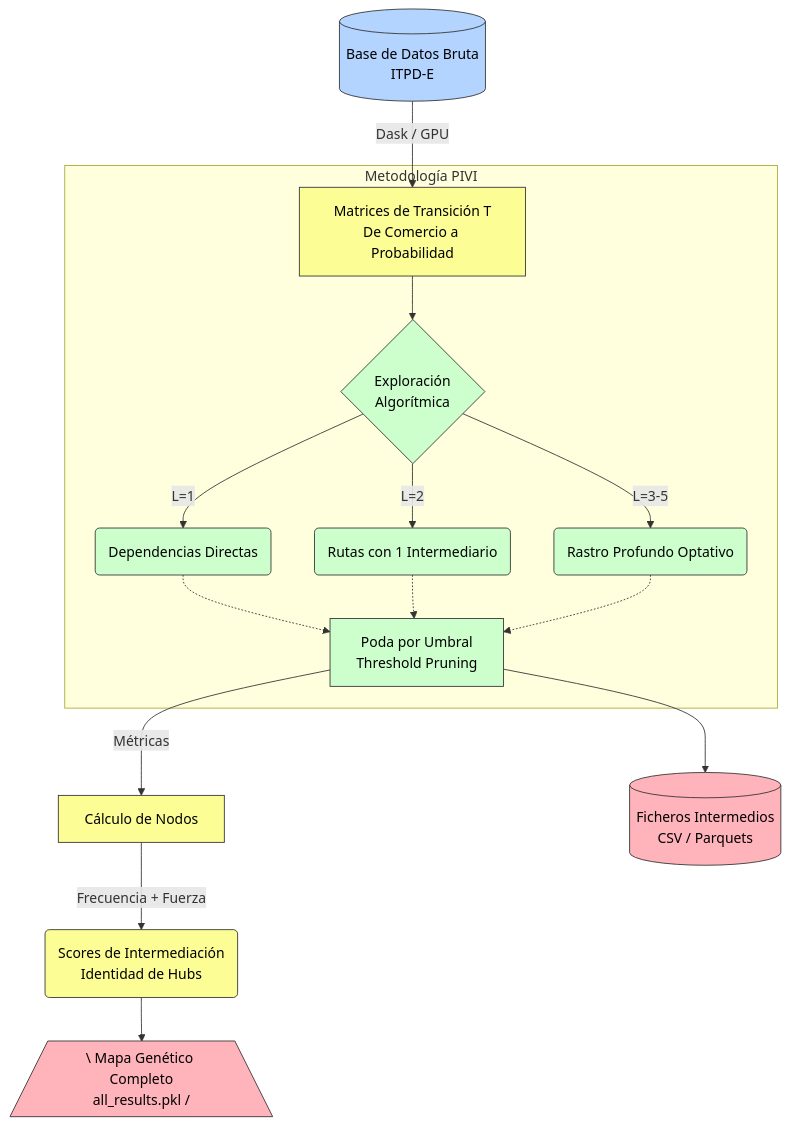
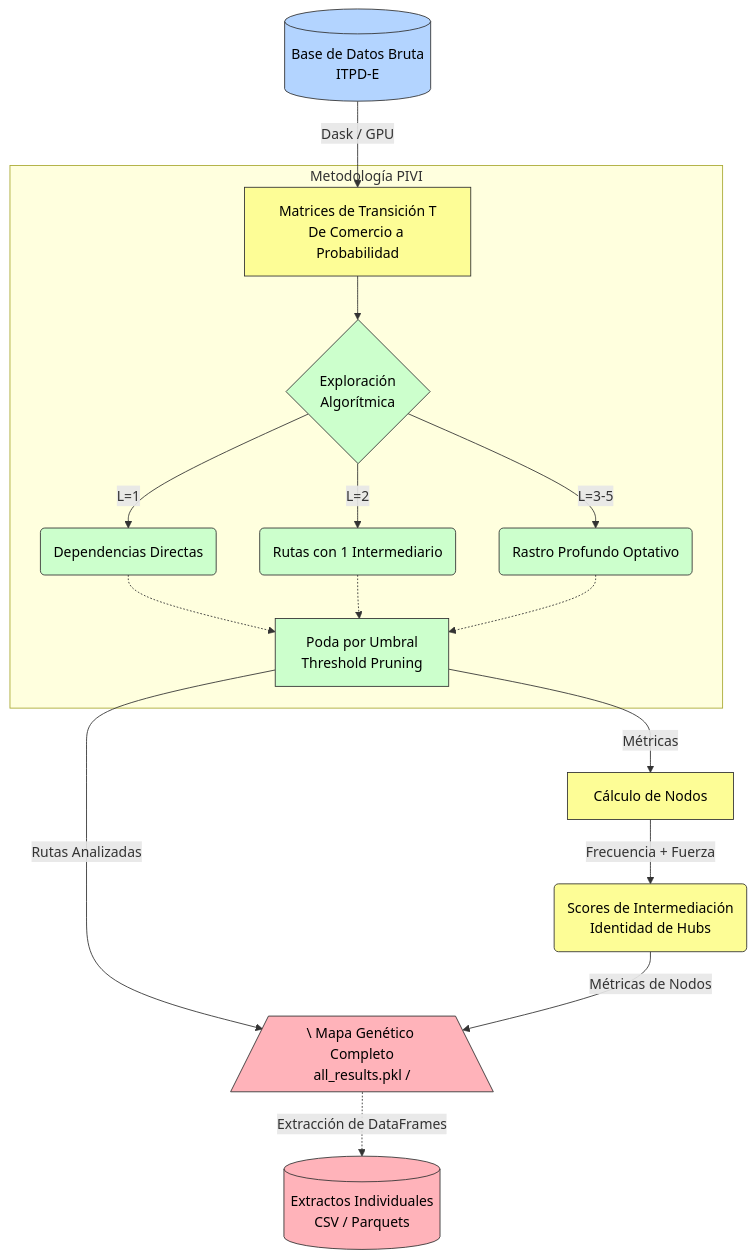
Before and after one commit to mhidper/Seguridad-Economica: the second of 2 diagrams in README.md, drawn with Mermaid.

Commit message:
docs: update architecture diagram to reflect data flow and node metric extraction

````diff
--- a/README.md
+++ b/README.md
@@ -84,26 +84,28 @@
 ```mermaid
 graph TD
     classDef db fill:#b3d4ff,stroke:#333,stroke-width:1px,color:#000
     classDef proc fill:#fdfd96,stroke:#333,stroke-width:1px,color:#000
     classDef pivi fill:#ccffcc,stroke:#333,stroke-width:1px,color:#000
     classDef out fill:#ffb3ba,stroke:#333,stroke-width:1px,color:#000
 
     A[(Base de Datos Bruta<br/>ITPD-E)]:::db -->|Dask / GPU| B[Matrices de Transición T<br/>De Comercio a Probabilidad]:::proc
     
     subgraph Metodología PIVI
         B --> C{Exploración<br/>Algorítmica}:::pivi
         C -->|L=1| D(Dependencias Directas):::pivi
         C -->|L=2| E(Rutas con 1 Intermediario):::pivi
         C -->|L=3-5| F(Rastro Profundo Optativo):::pivi
         
         D -.-> G[Poda por Umbral<br>Threshold Pruning]:::pivi
         E -.-> G
         F -.-> G
     end
 
     G -->|Métricas| H[Cálculo de Nodos]:::proc
     H -->|Frecuencia + Fuerza| I(Scores de Intermediación<br/>Identidad de Hubs):::proc
     
-    G --> J[(Ficheros Intermedios<br/>CSV / Parquets)]:::out
-    I --> K[/\ Mapa Genético Completo<br/>all_results.pkl /\]:::out
+    G -->|Rutas Analizadas| K[/\ Mapa Genético Completo<br/>all_results.pkl /\]:::out
+    I -->|Métricas de Nodos| K
+    
+    K -.->|Extracción de DataFrames| J[(Extractos Individuales<br/>CSV / Parquets)]:::out
 ```
````
